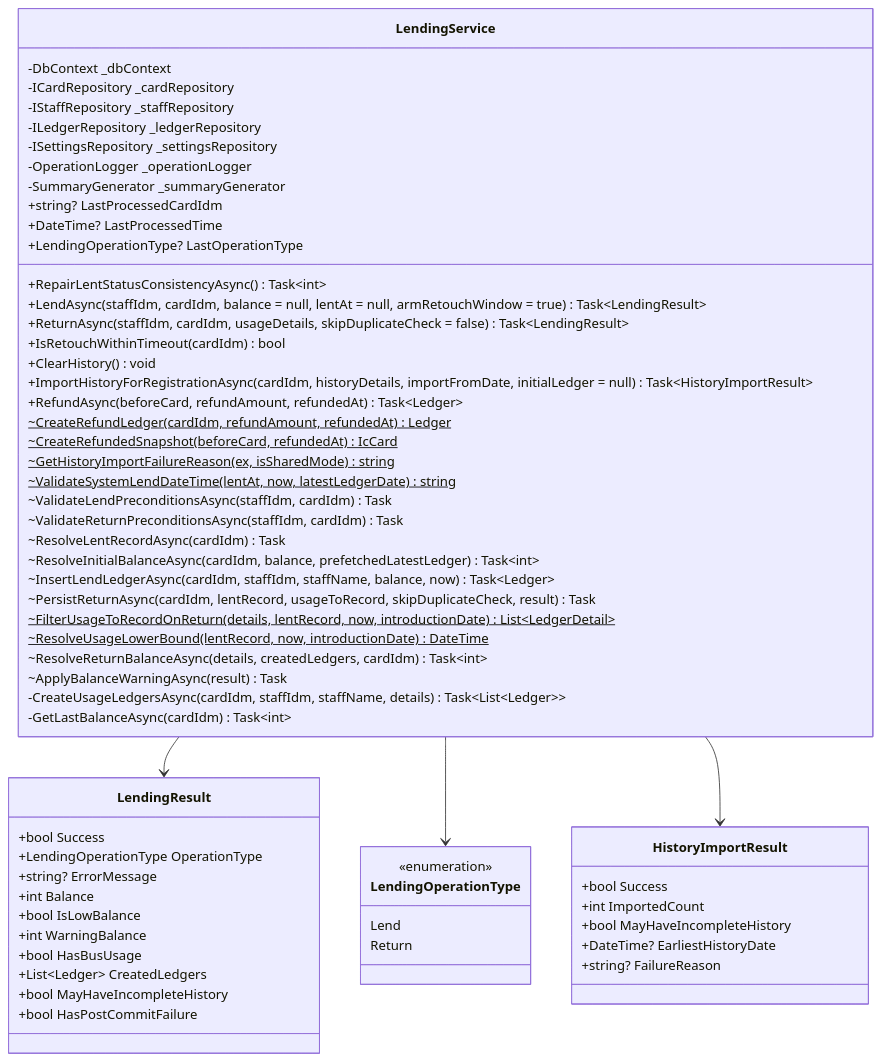
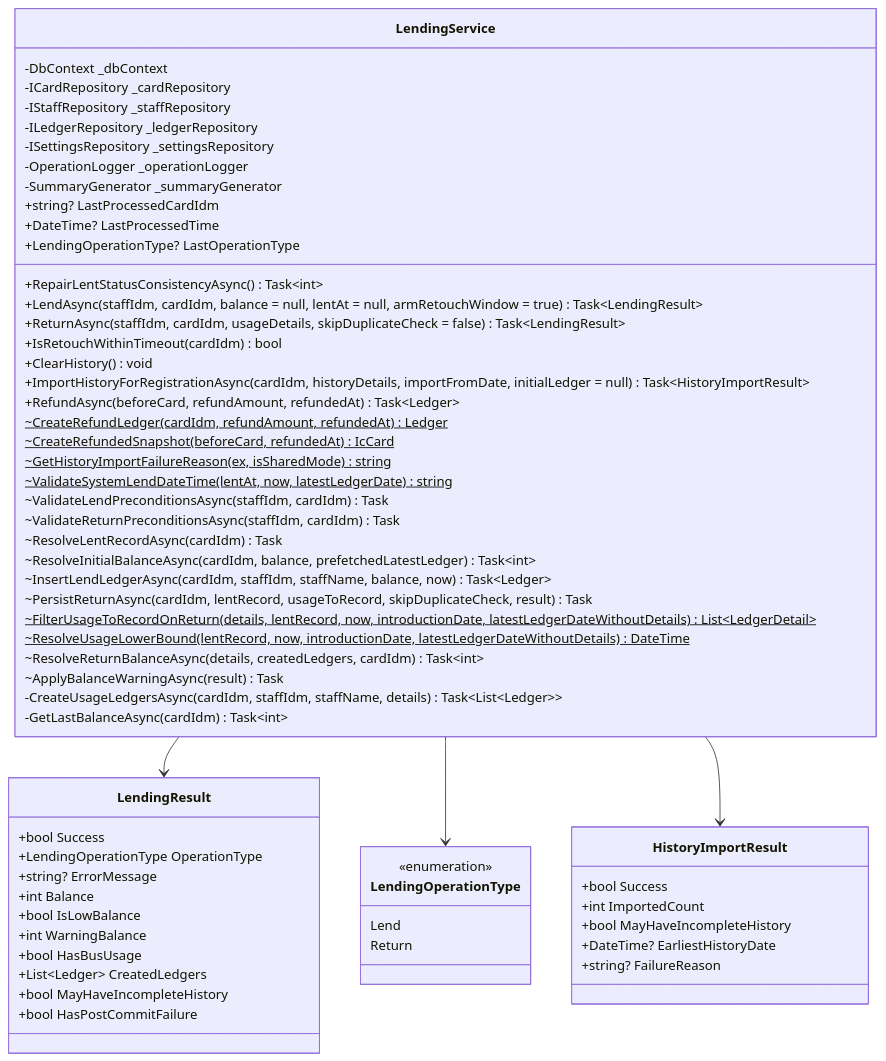
Before and after one commit to kuwayamamasayuki/ICCardManager: the fifth of 53 diagrams in ICCardManager/docs/design/05_クラス設計書.md, drawn with Mermaid. The commit also changed 11 other files, not shown here.

````diff
--- a/ICCardManager/docs/design/05_クラス設計書.md
+++ b/ICCardManager/docs/design/05_クラス設計書.md
@@ -578,69 +578,69 @@
 ```mermaid
 classDiagram
     class LendingService {
         -DbContext _dbContext
         -ICardRepository _cardRepository
         -IStaffRepository _staffRepository
         -ILedgerRepository _ledgerRepository
         -ISettingsRepository _settingsRepository
         -OperationLogger _operationLogger
         -SummaryGenerator _summaryGenerator
         +string? LastProcessedCardIdm
         +DateTime? LastProcessedTime
         +LendingOperationType? LastOperationType
         +RepairLentStatusConsistencyAsync() Task~int~
         +LendAsync(staffIdm, cardIdm, balance = null, lentAt = null, armRetouchWindow = true) Task~LendingResult~
         +ReturnAsync(staffIdm, cardIdm, usageDetails, skipDuplicateCheck = false) Task~LendingResult~
         +IsRetouchWithinTimeout(cardIdm) bool
         +ClearHistory() void
         +ImportHistoryForRegistrationAsync(cardIdm, historyDetails, importFromDate, initialLedger = null) Task~HistoryImportResult~
         +RefundAsync(beforeCard, refundAmount, refundedAt) Task~Ledger~
         ~CreateRefundLedger(cardIdm, refundAmount, refundedAt)$ Ledger
         ~CreateRefundedSnapshot(beforeCard, refundedAt)$ IcCard
         ~GetHistoryImportFailureReason(ex, isSharedMode)$ string
         ~ValidateSystemLendDateTime(lentAt, now, latestLedgerDate)$ string
         ~ValidateLendPreconditionsAsync(staffIdm, cardIdm) Task
         ~ValidateReturnPreconditionsAsync(staffIdm, cardIdm) Task
         ~ResolveLentRecordAsync(cardIdm) Task
         ~ResolveInitialBalanceAsync(cardIdm, balance, prefetchedLatestLedger) Task~int~
         ~InsertLendLedgerAsync(cardIdm, staffIdm, staffName, balance, now) Task~Ledger~
         ~PersistReturnAsync(cardIdm, lentRecord, usageToRecord, skipDuplicateCheck, result) Task
-        ~FilterUsageToRecordOnReturn(details, lentRecord, now, introductionDate)$ List~LedgerDetail~
-        ~ResolveUsageLowerBound(lentRecord, now, introductionDate)$ DateTime
+        ~FilterUsageToRecordOnReturn(details, lentRecord, now, introductionDate, latestLedgerDateWithoutDetails)$ List~LedgerDetail~
+        ~ResolveUsageLowerBound(lentRecord, now, introductionDate, latestLedgerDateWithoutDetails)$ DateTime
         ~ResolveReturnBalanceAsync(details, createdLedgers, cardIdm) Task~int~
         ~ApplyBalanceWarningAsync(result) Task
         -CreateUsageLedgersAsync(cardIdm, staffIdm, staffName, details) Task~List~Ledger~~
         -GetLastBalanceAsync(cardIdm) Task~int~
     }
 
     class LendingResult {
         +bool Success
         +LendingOperationType OperationType
         +string? ErrorMessage
         +int Balance
         +bool IsLowBalance
         +int WarningBalance
         +bool HasBusUsage
         +List~Ledger~ CreatedLedgers
         +bool MayHaveIncompleteHistory
         +bool HasPostCommitFailure
     }
 
     class LendingOperationType {
         <<enumeration>>
         Lend
         Return
     }
 
     class HistoryImportResult {
         +bool Success
         +int ImportedCount
         +bool MayHaveIncompleteHistory
         +DateTime? EarliestHistoryDate
         +string? FailureReason
     }
 
     LendingService --> LendingResult
     LendingService --> LendingOperationType
     LendingService --> HistoryImportResult
 ```
````
